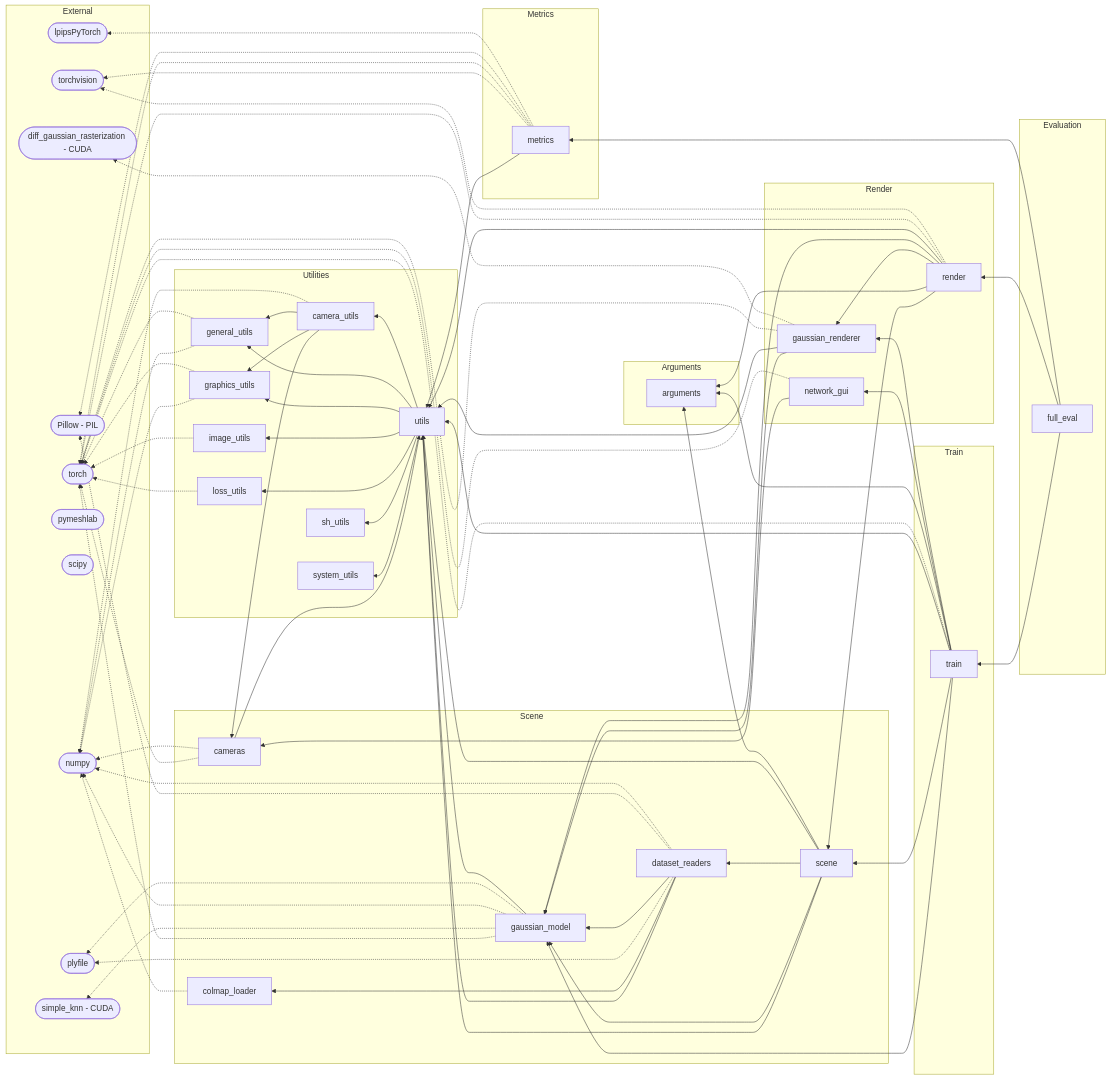
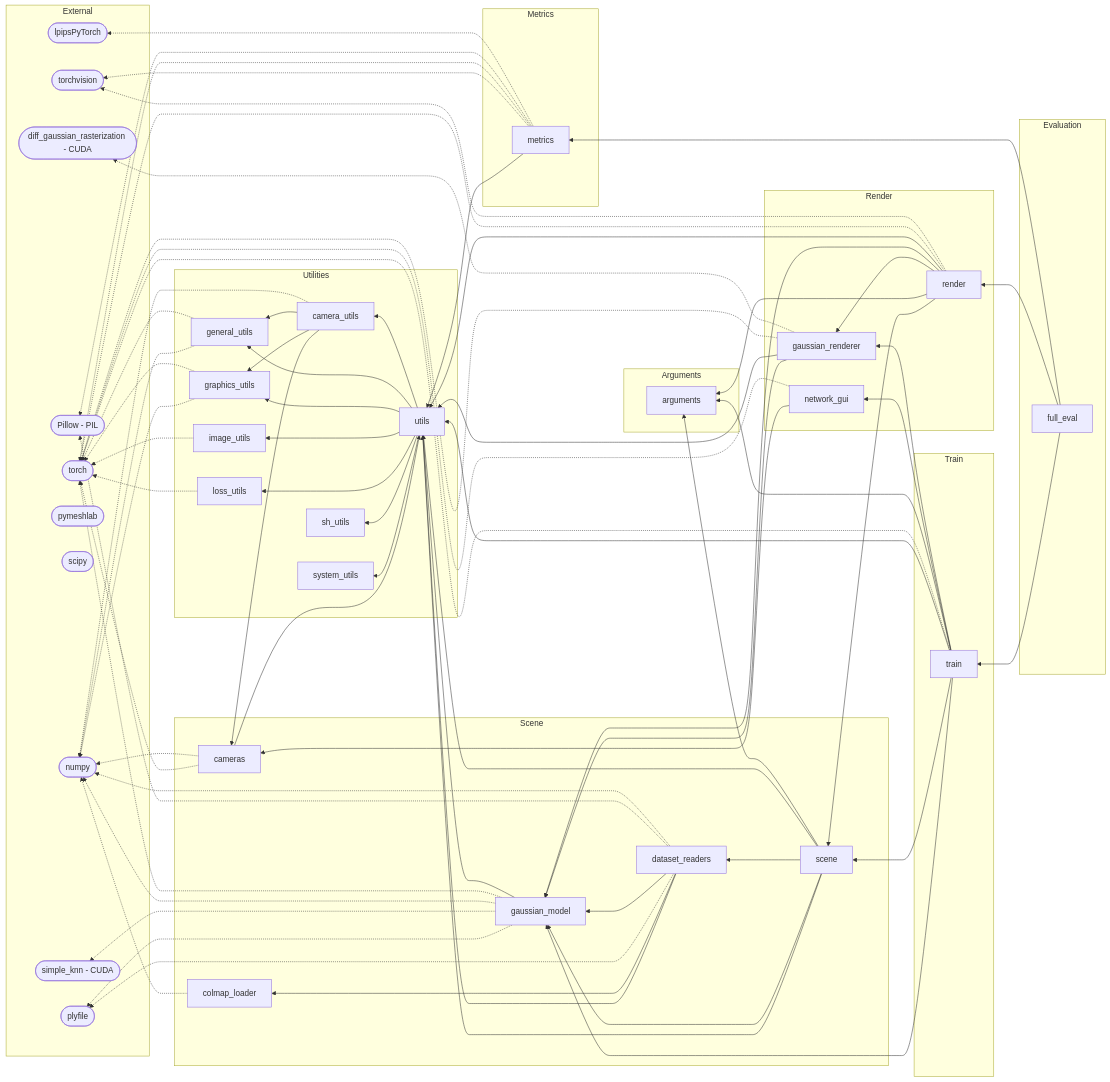
One commit to AsherJingkongChen/3DGS changed the diagram in docs/dependency/original-reference.orig.md. Above: the diagram before and after it, drawn with Mermaid. The commit also changed other lines of this file, not shown here.

Commit message:
(adjust): Organize diagram

```diff
--- a/docs/dependency/original-reference.orig.md
+++ b/docs/dependency/original-reference.orig.md
@@ -97,10 +97,10 @@
     dataset_readers --> utils
 
     gaussian_model --> utils
-    gaussian_model -.-> plyfile
+    gaussian_model -.-> torch
     gaussian_model -.-> numpy
     gaussian_model -.-> simple_knn
-    gaussian_model -.-> torch
+    gaussian_model -.-> plyfile
   end
   subgraph Metrics
     metrics -.-> lpipsPyTorch
```
